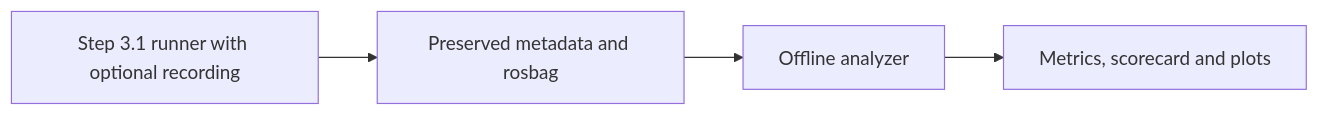
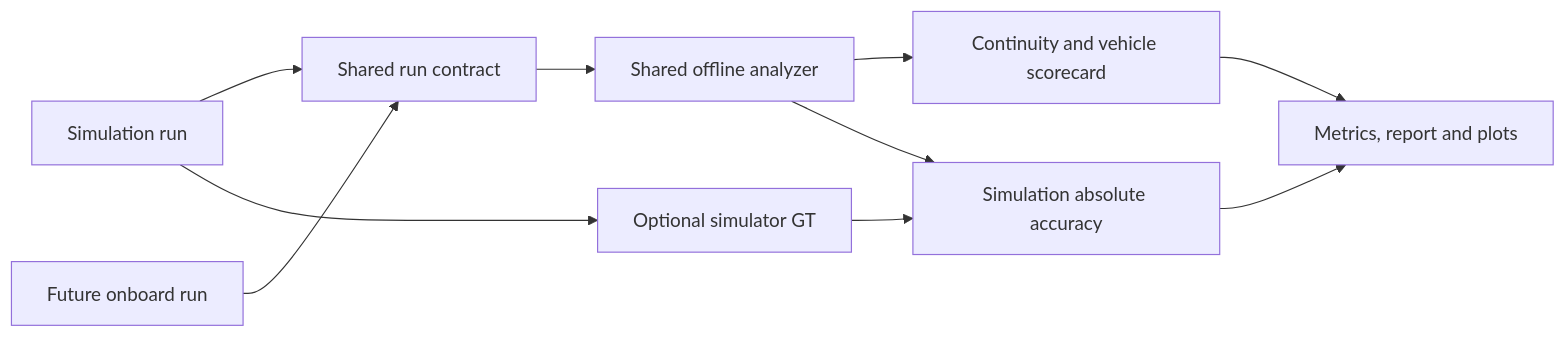
The second of 2 diagrams in docs/LOCALIZATION_SIMULATION.md (mingguangZhou/f1tenth_dev), drawn with Mermaid before and after one commit. The commit also changed other lines of this file and 13 other files, not shown here.

````diff
--- a/docs/LOCALIZATION_SIMULATION.md
+++ b/docs/LOCALIZATION_SIMULATION.md
@@ -346,6 +223,12 @@
 ```mermaid
 flowchart LR
-  RUN["Step 3.1 runner with optional recording"] --> DATA["Preserved metadata and rosbag"]
-  DATA --> ANALYZE["Offline analyzer"]
-  ANALYZE --> OUTPUT["Metrics, scorecard and plots"]
+  SIM["Simulation run"] --> DATA["Shared run contract"]
+  ONBOARD["Future onboard run"] --> DATA
+  DATA --> ANALYZE["Shared offline analyzer"]
+  ANALYZE --> COMMON["Continuity and vehicle scorecard"]
+  SIM --> GT["Optional simulator GT"]
+  GT --> ACCURACY["Simulation absolute accuracy"]
+  ANALYZE --> ACCURACY
+  COMMON --> REPORT["Metrics, report and plots"]
+  ACCURACY --> REPORT
 ```
````
